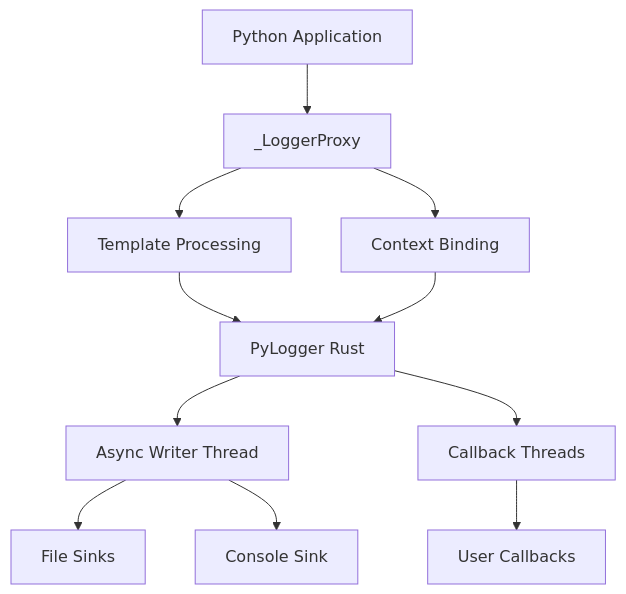
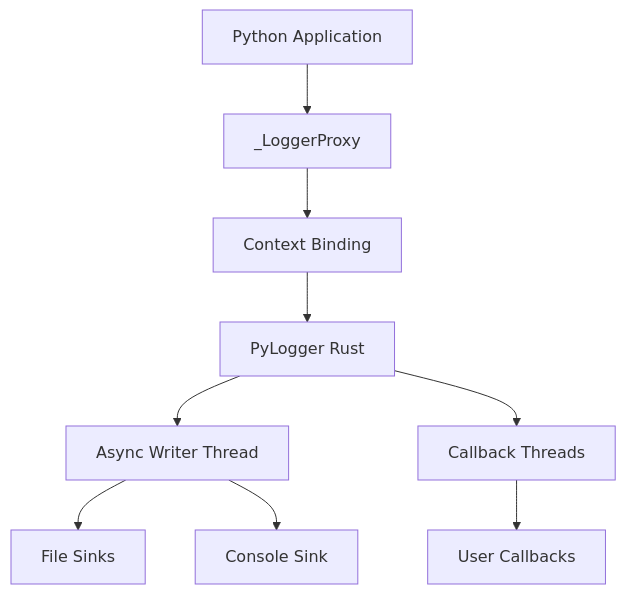
Before and after one commit to muhammad-fiaz/logly: the diagram in docs/index.md, drawn with Mermaid. The commit also changed other lines of this file and 51 other files, not shown here.

````diff
--- a/docs/index.md
+++ b/docs/index.md
@@ -229,13 +151,11 @@
 ```mermaid
 graph TB
     A[Python Application] --> B[_LoggerProxy]
-    B --> C[Template Processing]
-    B --> D[Context Binding]
-    C --> E[PyLogger Rust]
-    D --> E
-    E --> F[Async Writer Thread]
-    E --> G[Callback Threads]
-    F --> H[File Sinks]
-    F --> I[Console Sink]
-    G --> J[User Callbacks]
+    B --> C[Context Binding]
+    C --> D[PyLogger Rust]
+    D --> E[Async Writer Thread]
+    D --> F[Callback Threads]
+    E --> G[File Sinks]
+    E --> H[Console Sink]
+    F --> I[User Callbacks]
 ```
````
